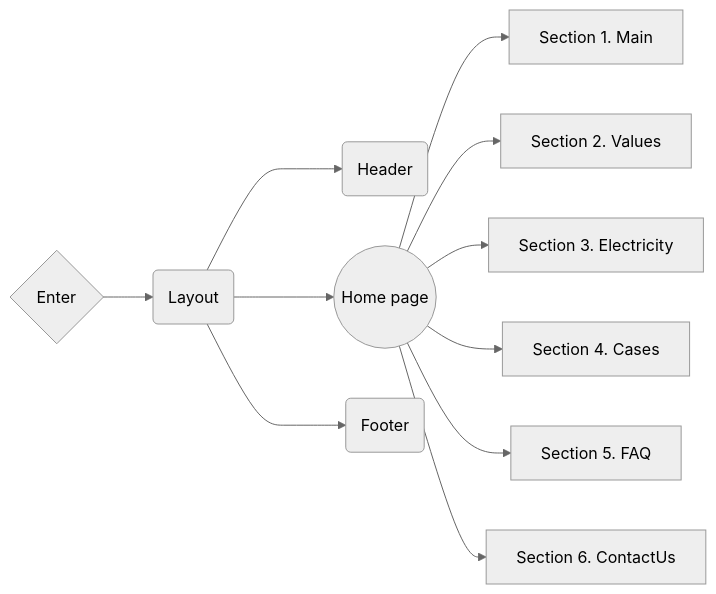
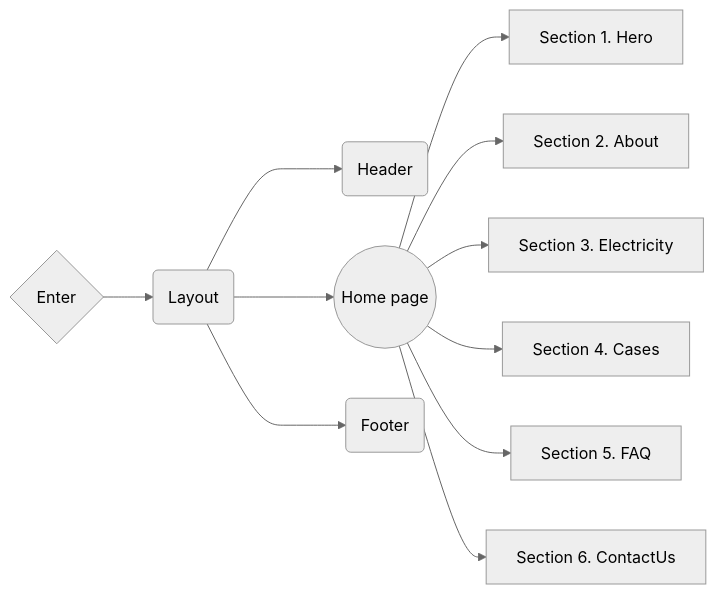
Before and after one commit to DenysBorysiuk/ecosolution: the diagram in README.md, drawn with Mermaid (neutral theme).

````diff
--- a/README.md
+++ b/README.md
@@ -40,15 +40,15 @@
 ```mermaid
 graph LR
 
   Z{Enter} --> L(Layout)
   L ---> B(Header)
   L ---> A((Home page))
   L ---> C(Footer)
-  A --> AA[Section 1. Main]
-  A --> AB[Section 2. Values]
+  A --> AA[Section 1. Hero]
+  A --> AB[Section 2. About]
   A --> AC[Section 3. Electricity]
   A --> AD[Section 4. Cases]
   A --> AE[Section 5. FAQ]
   A --> AF[Section 6. ContactUs]
 
 ```
````
